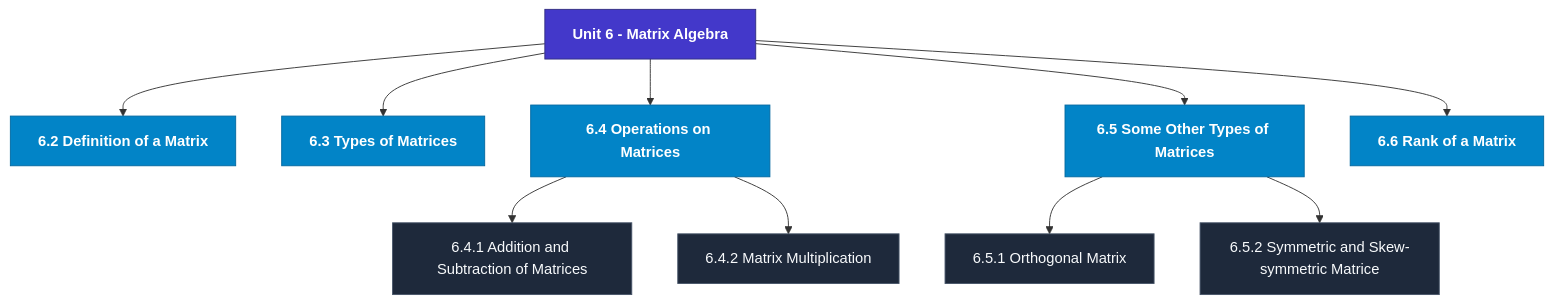
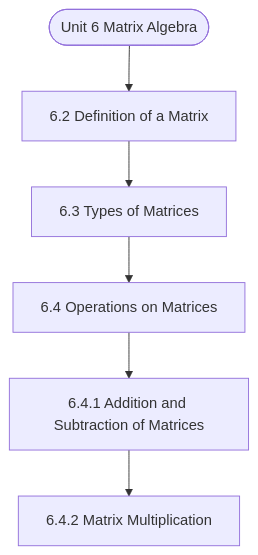
One commit to Asutosh-Coaching/mscdsa changed the diagram in notes/Semester_1/MCS-061_Mathematical_Foundations_-_I/unit_06_Matrix_Algebra.md. Above: the diagram before and after it, drawn with Mermaid. The commit also changed other lines of this file and 115 other files, not shown here.

Commit message:
Fix Mermaid layout for mobile, isolate LaTeX delimiters, and add GitHub Pages reader

````diff
--- a/notes/Semester_1/MCS-061_Mathematical_Foundations_-_I/unit_06_Matrix_Algebra.md
+++ b/notes/Semester_1/MCS-061_Mathematical_Foundations_-_I/unit_06_Matrix_Algebra.md
@@ -19,27 +19,14 @@
 ```mermaid
 flowchart TD
-  %% Styling Definitions
-  classDef head fill:#4338ca,stroke:#312e81,color:#ffffff,font-weight:bold;
-  classDef topic fill:#0284c7,stroke:#0369a1,color:#ffffff,font-weight:600;
-  classDef sub fill:#1e293b,stroke:#475569,color:#f8fafc;
-
-  Root["Unit 6 - Matrix Algebra"]:::head
-  M1["6.2 Definition of a Matrix"]:::topic
-  Root --> M1
-  M2["6.3 Types of Matrices"]:::topic
-  Root --> M2
-  M3["6.4 Operations on Matrices"]:::topic
-  Root --> M3
-  M3_1["6.4.1 Addition and Subtraction of Matrices"]:::sub
-  M3 --> M3_1
-  M3_2["6.4.2 Matrix Multiplication"]:::sub
-  M3 --> M3_2
-  M4["6.5 Some Other Types of Matrices"]:::topic
-  Root --> M4
-  M4_1["6.5.1 Orthogonal Matrix"]:::sub
-  M4 --> M4_1
-  M4_2["6.5.2 Symmetric and Skew-symmetric Matrice"]:::sub
-  M4 --> M4_2
-  M5["6.6 Rank of a Matrix"]:::topic
-  Root --> M5
+  Start(["Unit 6 Matrix Algebra"])
+  N1["6.2 Definition of a Matrix"]
+  N2["6.3 Types of Matrices"]
+  N3["6.4 Operations on Matrices"]
+  N4["6.4.1 Addition and Subtraction of Matrices"]
+  N5["6.4.2 Matrix Multiplication"]
+  Start --> N1
+  N1 --> N2
+  N2 --> N3
+  N3 --> N4
+  N4 --> N5
 ```
````
